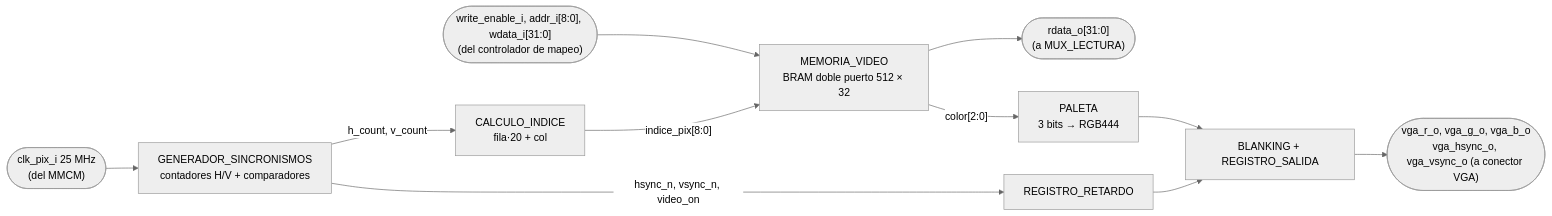
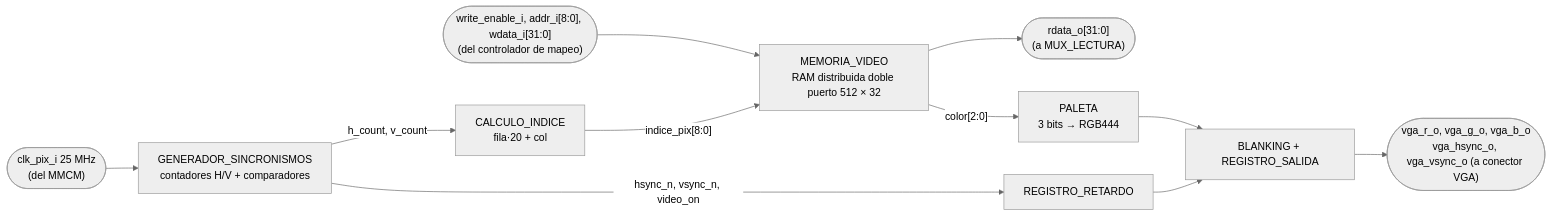
Before and after one commit to Taller-de-diseno-digital-GR01/Proyecto-3-Batalla-Naval: the first of 2 diagrams in docs/diseño/modulos/PERIFERICO_VGA.md, drawn with Mermaid (neutral theme). The commit also changed other lines of this file and 3 other files, not shown here.

````diff
--- a/docs/diseño/modulos/PERIFERICO_VGA.md
+++ b/docs/diseño/modulos/PERIFERICO_VGA.md
@@ -12,14 +13,14 @@
 ```mermaid
 flowchart LR
-    IN_BUS(["write_enable_i, addr_i[8:0], wdata_i[31:0]<br/>(del controlador de mapeo)"]) --> MEM["MEMORIA_VIDEO<br/>BRAM doble puerto 512 × 32"]
+    IN_BUS(["write_enable_i, addr_i[8:0], wdata_i[31:0]<br/>(del controlador de mapeo)"]) --> MEM["MEMORIA_VIDEO<br/>RAM distribuida doble puerto 512 × 32"]
     MEM --> OUT_RD(["rdata_o[31:0]<br/>(a MUX_LECTURA)"])
 
     IN_PIX(["clk_pix_i 25 MHz<br/>(del MMCM)"]) --> SYNC["GENERADOR_SINCRONISMOS<br/>contadores H/V + comparadores"]
     SYNC -->|"h_count, v_count"| IDX["CALCULO_INDICE<br/>fila·20 + col"]
     IDX -->|"indice_pix[8:0]"| MEM
     MEM -->|"color[2:0]"| PAL["PALETA<br/>3 bits → RGB444"]
     SYNC -->|"hsync_n, vsync_n, video_on"| RET["REGISTRO_RETARDO"]
     PAL --> SAL["BLANKING + REGISTRO_SALIDA"]
     RET --> SAL
     SAL --> OUT_VGA(["vga_r_o, vga_g_o, vga_b_o<br/>vga_hsync_o, vga_vsync_o (a conector VGA)"])
 ```
````
